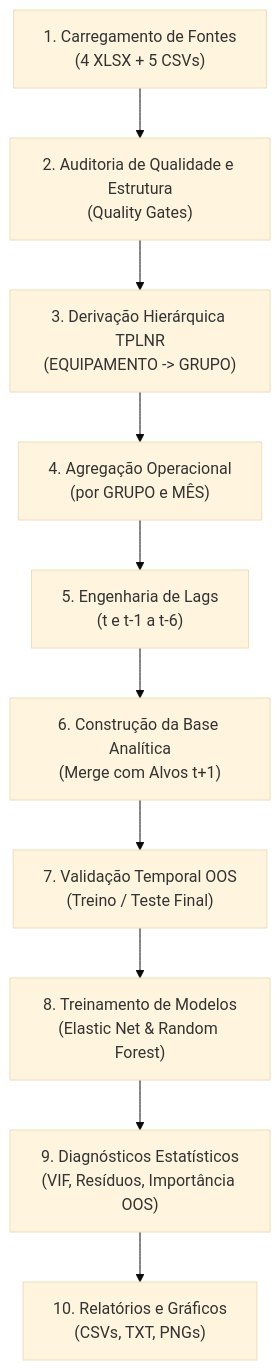
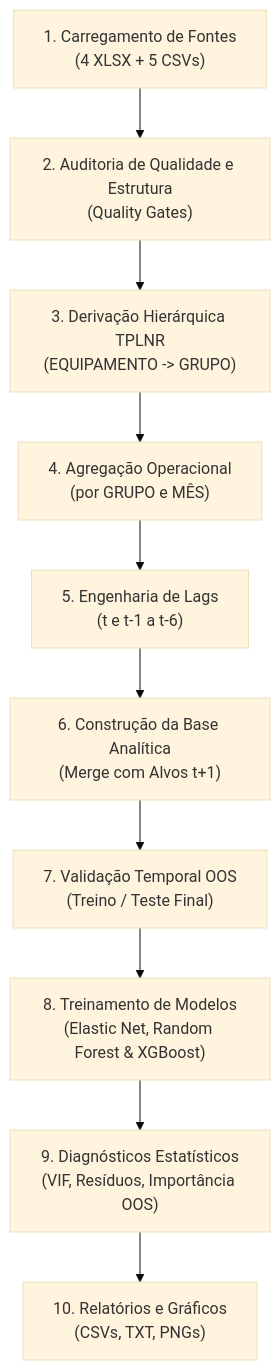
Before and after one commit to marcus-v-rodrigues/modelo_confiabilidade: the diagram in docs/pipeline_modelagem.md, drawn with Mermaid (base theme). The commit also changed other lines of this file and 8 other files, not shown here.

````diff
--- a/docs/pipeline_modelagem.md
+++ b/docs/pipeline_modelagem.md
@@ -11,12 +11,12 @@
 ```mermaid
 graph TD
     A["1. Carregamento de Fontes<br/>(4 XLSX + 5 CSVs)"] --> B["2. Auditoria de Qualidade e Estrutura<br/>(Quality Gates)"]
     B --> C["3. Derivação Hierárquica TPLNR<br/>(EQUIPAMENTO -> GRUPO)"]
     C --> D["4. Agregação Operacional<br/>(por GRUPO e MÊS)"]
     D --> E["5. Engenharia de Lags<br/>(t e t-1 a t-6)"]
     E --> F["6. Construção da Base Analítica<br/>(Merge com Alvos t+1)"]
     F --> G["7. Validação Temporal OOS<br/>(Treino / Teste Final)"]
-    G --> H["8. Treinamento de Modelos<br/>(Elastic Net & Random Forest)"]
+    G --> H["8. Treinamento de Modelos<br/>(Elastic Net, Random Forest & XGBoost)"]
     H --> I["9. Diagnósticos Estatísticos<br/>(VIF, Resíduos, Importância OOS)"]
     I --> J["10. Relatórios e Gráficos<br/>(CSVs, TXT, PNGs)"]
 ```
````
